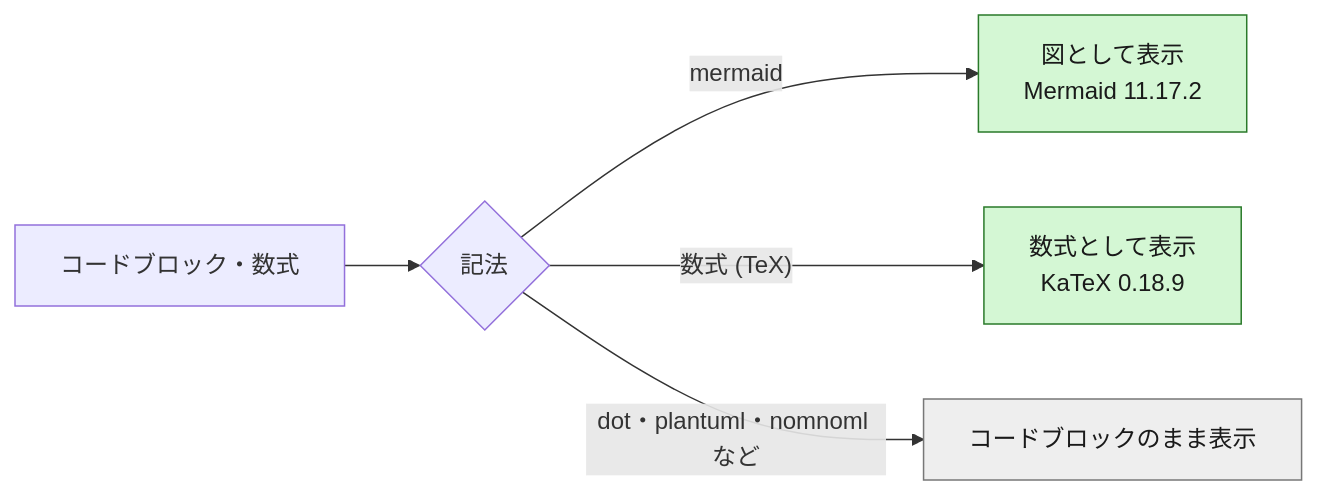
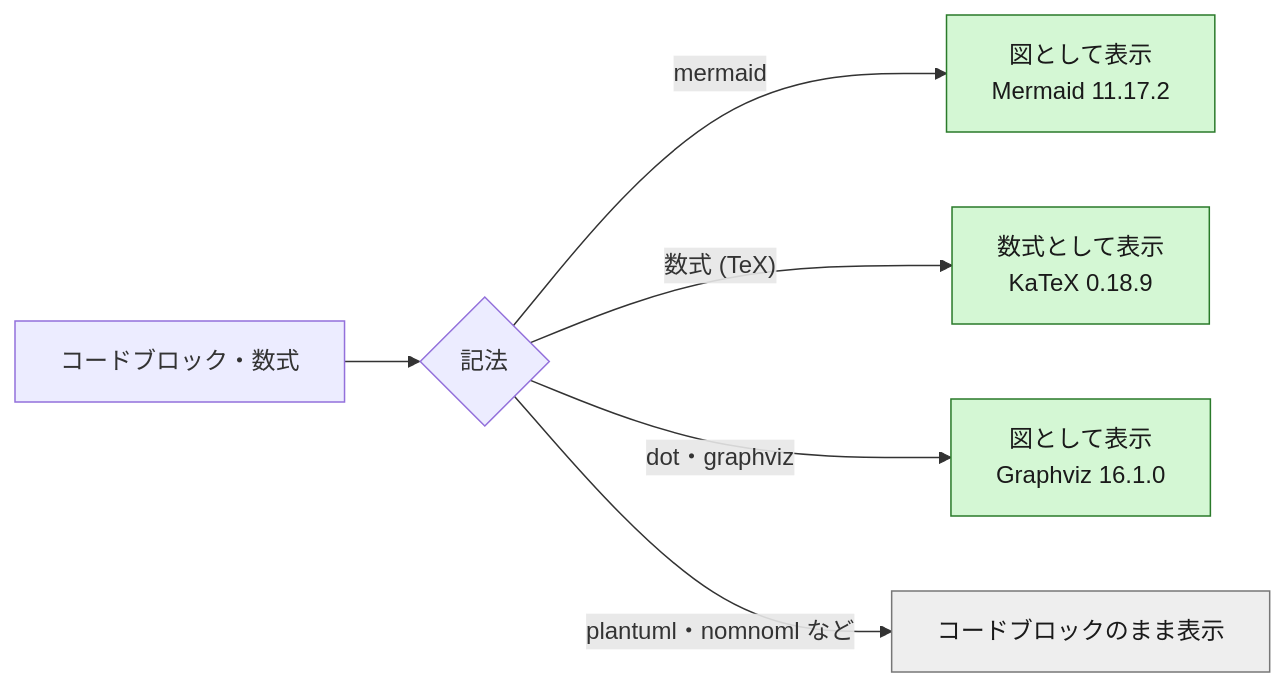
One commit to 5garashi/mdEditor changed the first of 2 diagrams in README.md. Above: the diagram before and after it, drawn with Mermaid. The commit also changed other lines of this file and 20 other files, not shown here.

First line of the commit message:
Code colors, table of contents, and Graphviz diagrams (1.0.11)

````diff
--- a/README.md
+++ b/README.md
@@ -193,12 +195,13 @@
 ```mermaid
 flowchart LR
     src["コードブロック・数式"] --> kind{"記法"}
     kind -- "mermaid" --> mermaid["図として表示<br/>Mermaid 11.17.2"]
     kind -- "数式 (TeX)" --> math["数式として表示<br/>KaTeX 0.18.9"]
-    kind -- "dot・plantuml・nomnoml など" --> code["コードブロックのまま表示"]
+    kind -- "dot・graphviz" --> graphviz["図として表示<br/>Graphviz 16.1.0"]
+    kind -- "plantuml・nomnoml など" --> code["コードブロックのまま表示"]
 
     classDef supported fill:#d4f7d4,stroke:#2a7a2a,color:#1a1a1a;
     classDef unsupported fill:#eeeeee,stroke:#777777,color:#1a1a1a;
-    class mermaid,math supported;
+    class mermaid,math,graphviz supported;
     class code unsupported;
 ```
````
